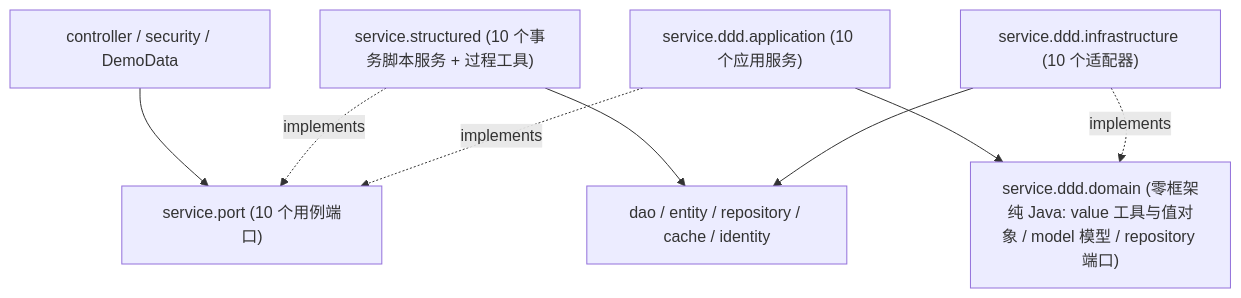
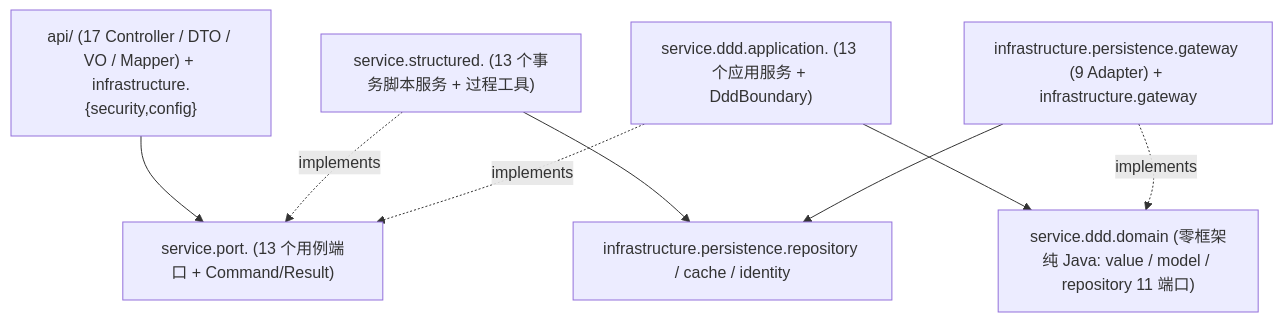
The second of 2 diagrams in doc/ARCHITECTURE.md (JiuQi79-BOT/MelonHub), drawn with Mermaid before and after one commit. The commit also changed other lines of this file and 45 other files, not shown here.

First line of the commit message:
docs(architecture): sync docs, requirement matrix, and 13 PlantUML diagrams

````diff
--- a/doc/ARCHITECTURE.md
+++ b/doc/ARCHITECTURE.md
@@ -207,10 +208,10 @@
 ```mermaid
 flowchart TB
-    Entry["controller / security / DemoData"] --> Port["service.port (10 个用例端口)"]
-    Struct["service.structured (10 个事务脚本服务 + 过程工具)"] -. implements .-> Port
-    DddApp["service.ddd.application (10 个应用服务)"] -. implements .-> Port
-    Struct --> Infra["dao / entity / repository / cache / identity"]
-    DddApp --> Domain["service.ddd.domain (零框架纯 Java: value 工具与值对象 / model 模型 / repository 端口)"]
-    DddInfra["service.ddd.infrastructure (10 个适配器)"] -. implements .-> Domain
+    Entry["api/<biz> (17 Controller / DTO / VO / Mapper) + infrastructure.{security,config}"] --> Port["service.port.<biz> (13 个用例端口 + Command/Result)"]
+    Struct["service.structured.<biz> (13 个事务脚本服务 + 过程工具)"] -. implements .-> Port
+    DddApp["service.ddd.application.<biz> (13 个应用服务 + DddBoundary)"] -. implements .-> Port
+    Struct --> Infra["infrastructure.persistence.repository / cache / identity"]
+    DddApp --> Domain["service.ddd.domain (零框架纯 Java: value / model / repository 11 端口)"]
+    DddInfra["infrastructure.persistence.gateway (9 Adapter) + infrastructure.gateway"] -. implements .-> Domain
     DddInfra --> Infra
 ```
````
